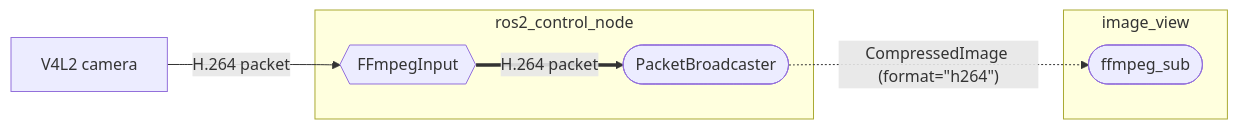
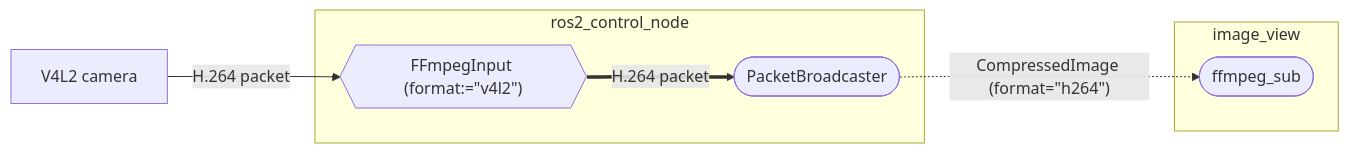
One commit to yoshito-n-students/ffmpeg_pipeline changed the first of 3 diagrams in README.md. Above: the diagram before and after it, drawn with Mermaid. The commit also changed other lines of this file, not shown here.

Commit message:
add input/output format in flowcharts

````diff
--- a/README.md
+++ b/README.md
@@ -120,11 +120,11 @@
 ```mermaid
 flowchart LR
-   A@{ shape: rect, label: "V4L2 camera" } -- "H.264 packet" --> B@{ shape: hex, label: "FFmpegInput" }
+   A@{ shape: rect, label: "V4L2 camera" } -- "H.264 packet" --> B@{ shape: hex, label: "FFmpegInput (format:=#quot;v4l2#quot;)" }
    subgraph ros2_control_node
    B == "H.264 packet" ==> C@{ shape: stadium, label: "PacketBroadcaster" }
    end
    C -. "CompressedImage (format=#quot;h264#quot;)" .-> D@{ shape: stadium, label: "ffmpeg_sub" }
    subgraph image_view
    D
    end
 ```
````
